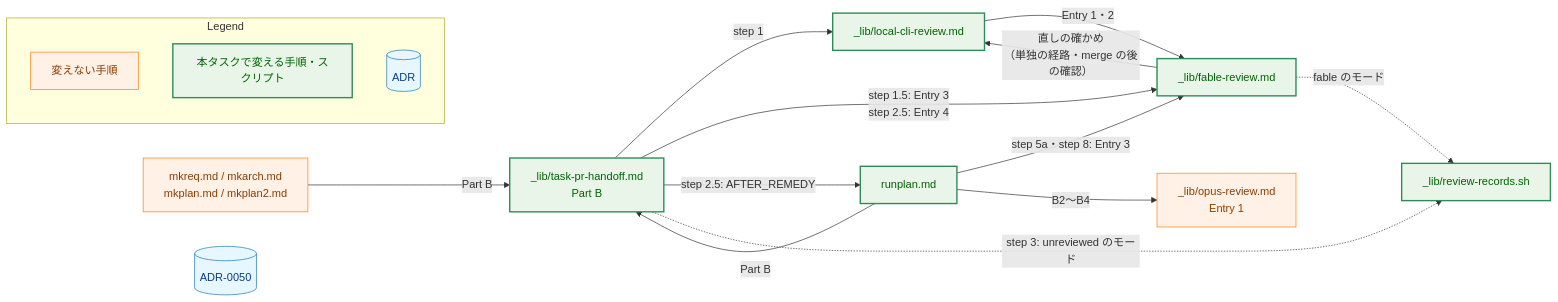
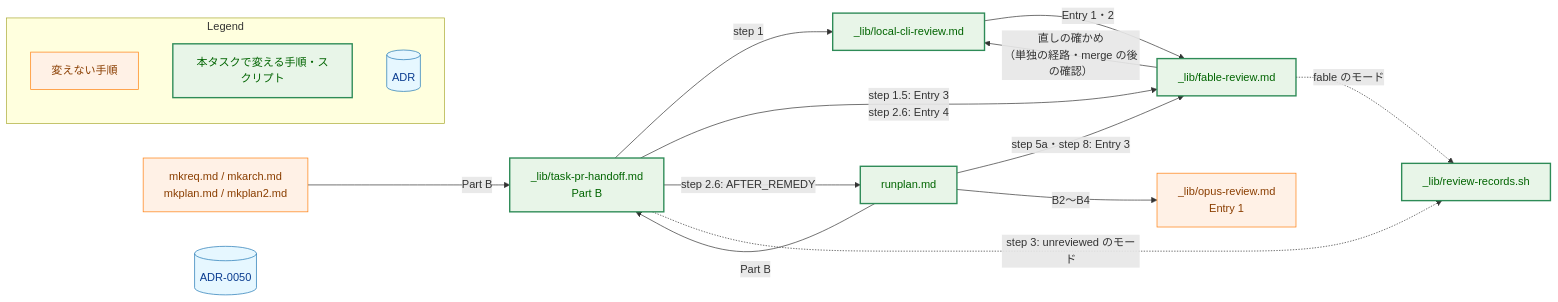
The second of 5 diagrams in docs/tasks/0114_fable_record_after_merge/02_architecture.md (isseis/yt2column), drawn with Mermaid before and after one commit. The commit also changed other lines of this file and 7 other files, not shown here.

First line of the commit message:
feat(0114): recheck the Fable record before push and verify merges after it (#1097)

````diff
--- a/docs/tasks/0114_fable_record_after_merge/02_architecture.md
+++ b/docs/tasks/0114_fable_record_after_merge/02_architecture.md
@@ -153,40 +164,40 @@
 ```mermaid
 flowchart LR
     classDef data fill:#e6f7ff,stroke:#1f77b4,stroke-width:1px,color:#0b3d91;
     classDef process fill:#fff1e6,stroke:#ff7f0e,stroke-width:1px,color:#8a3e00;
     classDef enhanced fill:#e8f5e8,stroke:#2e8b57,stroke-width:2px,color:#006400;
 
     DOCS["mkreq.md / mkarch.md<br>mkplan.md / mkplan2.md"]
     RUNPLAN["runplan.md"]
     HANDOFF["_lib/task-pr-handoff.md<br>Part B"]
     LOCAL["_lib/local-cli-review.md"]
     FABLE["_lib/fable-review.md"]
     OPUS["_lib/opus-review.md<br>Entry 1"]
     SCRIPT["_lib/review-records.sh"]
     ADR[("ADR-0050")]
 
     DOCS -->|"Part B"| HANDOFF
     RUNPLAN -->|"step 5a・step 8: Entry 3"| FABLE
     RUNPLAN -->|"Part B"| HANDOFF
     HANDOFF -->|"step 1"| LOCAL
     LOCAL -->|"Entry 1・2"| FABLE
     FABLE -->|"直しの確かめ<br>（単独の経路・merge の後の確認）"| LOCAL
-    HANDOFF -->|"step 1.5: Entry 3<br>step 2.5: Entry 4"| FABLE
-    HANDOFF -->|"step 2.5: AFTER_REMEDY"| RUNPLAN
+    HANDOFF -->|"step 1.5: Entry 3<br>step 2.6: Entry 4"| FABLE
+    HANDOFF -->|"step 2.6: AFTER_REMEDY"| RUNPLAN
     RUNPLAN -->|"B2〜B4"| OPUS
     FABLE -.->|"fable のモード"| SCRIPT
     HANDOFF -.->|"step 3: unreviewed のモード"| SCRIPT
 
     class DOCS,OPUS process
     class RUNPLAN,HANDOFF,FABLE,SCRIPT,LOCAL enhanced
     class ADR data
 
     subgraph Legend["Legend"]
         L1["変えない手順"]
         L2["本タスクで変える手順・スクリプト"]
         L3[("ADR")]
     end
     class L1 process
     class L2 enhanced
     class L3 data
 ```
````
